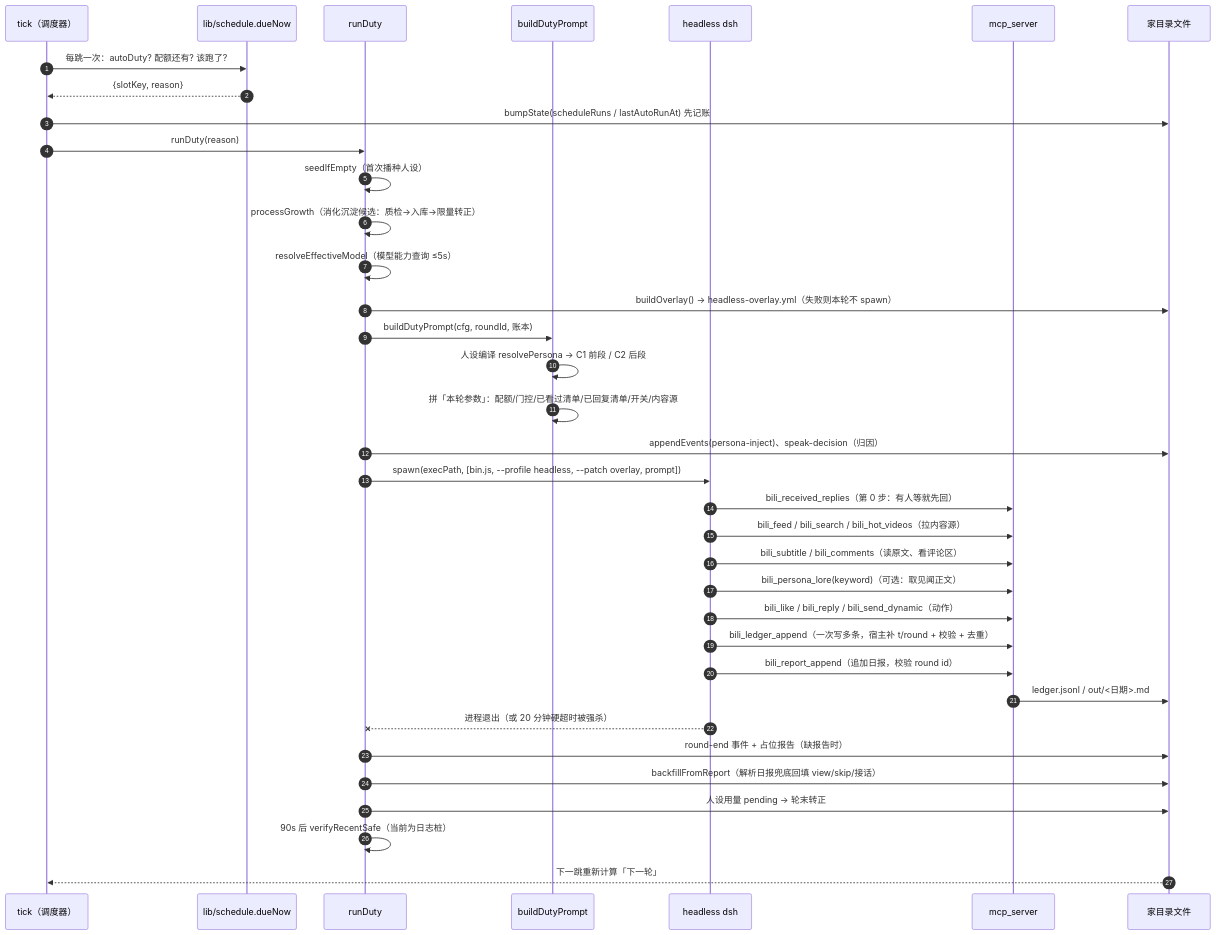
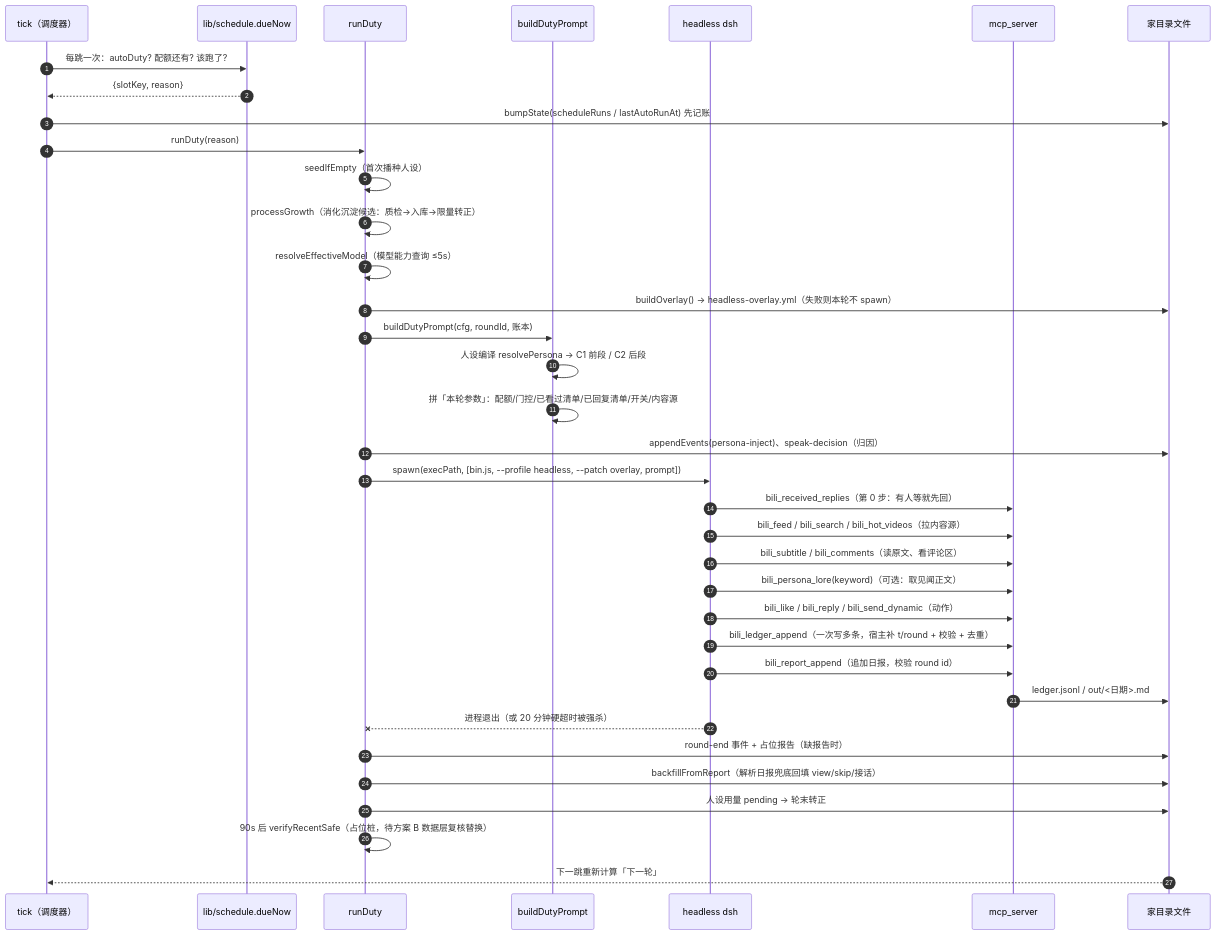
Before and after one commit to Yaemikoreal/BilibiliPlayer: the second of 5 diagrams in docs/ARCHITECTURE.md, drawn with Mermaid. The commit also changed other lines of this file and 2 other files, not shown here.

````diff
--- a/docs/ARCHITECTURE.md
+++ b/docs/ARCHITECTURE.md
@@ -178,42 +178,42 @@
 ```mermaid
 sequenceDiagram
     autonumber
     participant T as tick（调度器）
     participant S as lib/schedule.dueNow
     participant R as runDuty
     participant P as buildDutyPrompt
     participant D as headless dsh
     participant M as mcp_server
     participant F as 家目录文件
 
     T->>S: 每跳一次：autoDuty? 配额还有? 该跑了?
     S-->>T: {slotKey, reason}
     T->>F: bumpState(scheduleRuns / lastAutoRunAt) 先记账
     T->>R: runDuty(reason)
 
     R->>R: seedIfEmpty（首次播种人设）
     R->>R: processGrowth（消化沉淀候选：质检→入库→限量转正）
     R->>R: resolveEffectiveModel（模型能力查询 ≤5s）
     R->>F: buildOverlay() → headless-overlay.yml（失败则本轮不 spawn）
     R->>P: buildDutyPrompt(cfg, roundId, 账本)
     P->>P: 人设编译 resolvePersona → C1 前段 / C2 后段
     P->>P: 拼「本轮参数」：配额/门控/已看过清单/已回复清单/开关/内容源
     R->>F: appendEvents(persona-inject)、speak-decision（归因）
     R->>D: spawn(execPath, [bin.js, --profile headless, --patch overlay, prompt])
 
     D->>M: bili_received_replies（第 0 步：有人等就先回）
     D->>M: bili_feed / bili_search / bili_hot_videos（拉内容源）
     D->>M: bili_subtitle / bili_comments（读原文、看评论区）
     D->>M: bili_persona_lore(keyword)（可选：取见闻正文）
     D->>M: bili_like / bili_reply / bili_send_dynamic（动作）
     D->>M: bili_ledger_append（一次写多条，宿主补 t/round + 校验 + 去重）
     D->>M: bili_report_append（追加日报，校验 round id）
     M->>F: ledger.jsonl / out/<日期>.md
 
     D--xR: 进程退出（或 20 分钟硬超时被强杀）
     R->>F: round-end 事件 + 占位报告（缺报告时）
     R->>F: backfillFromReport（解析日报兜底回填 view/skip/接话）
     R->>F: 人设用量 pending → 轮末转正
-    R->>R: 90s 后 verifyRecentSafe（当前为日志桩）
+    R->>R: 90s 后 verifyRecentSafe（占位桩，待方案 B 数据层复核替换）
     F-->>T: 下一跳重新计算「下一轮」
 ```
````
